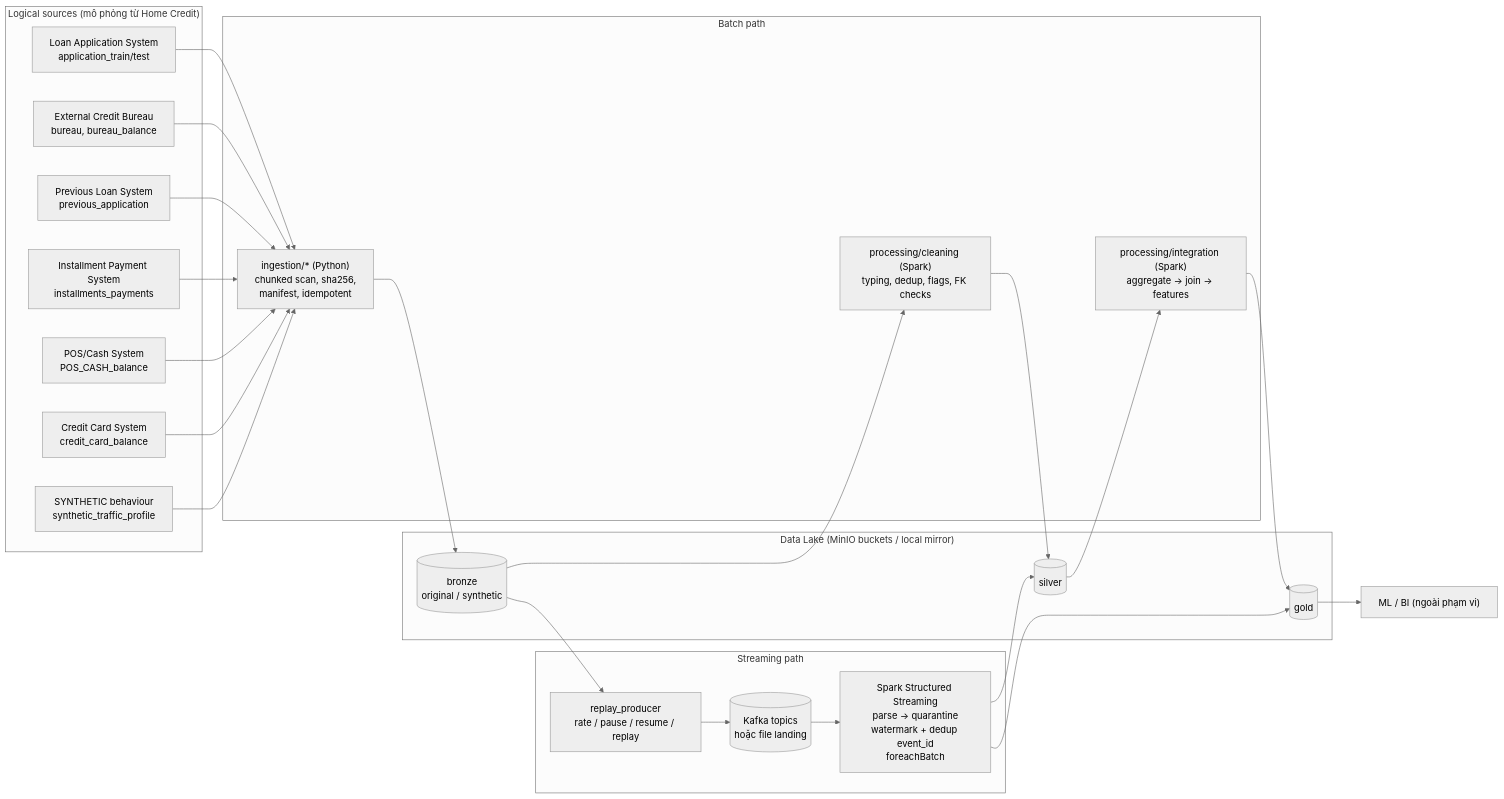
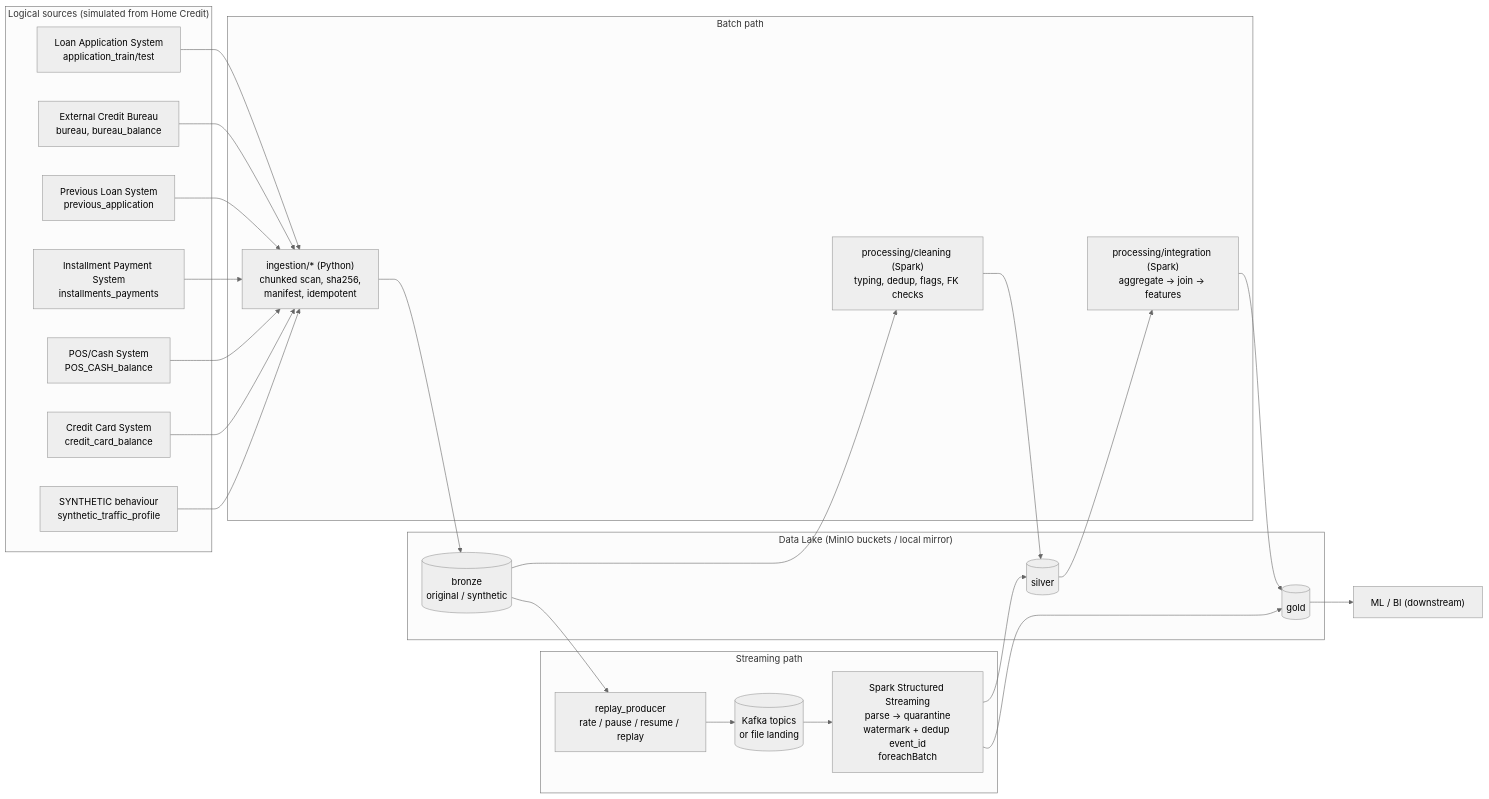
One commit to limasite48/it5427-credit_risk_bigdata changed the first of 3 diagrams in apache-spark/docs/ARCHITECTURE.md. Above: the diagram before and after it, drawn with Mermaid (neutral theme). The commit also changed other lines of this file and 64 other files, not shown here.

````diff
--- a/apache-spark/docs/ARCHITECTURE.md
+++ b/apache-spark/docs/ARCHITECTURE.md
@@ -5,38 +5,38 @@
 ```mermaid
 flowchart LR
-  subgraph SRC["Logical sources (mô phỏng từ Home Credit)"]
+  subgraph SRC["Logical sources (simulated from Home Credit)"]
     S1[Loan Application System<br/>application_train/test]
     S2[External Credit Bureau<br/>bureau, bureau_balance]
     S3[Previous Loan System<br/>previous_application]
     S4[Installment Payment System<br/>installments_payments]
     S5[POS/Cash System<br/>POS_CASH_balance]
     S6[Credit Card System<br/>credit_card_balance]
     S7[SYNTHETIC behaviour<br/>synthetic_traffic_profile]
   end
 
   subgraph BATCH["Batch path"]
     ING["ingestion/* (Python)<br/>chunked scan, sha256,<br/>manifest, idempotent"]
     SIL["processing/cleaning (Spark)<br/>typing, dedup, flags, FK checks"]
     GLD["processing/integration (Spark)<br/>aggregate → join → features"]
   end
 
   subgraph STREAM["Streaming path"]
     PRD["replay_producer<br/>rate / pause / resume / replay"]
-    BUS[("Kafka topics<br/>hoặc file landing")]
+    BUS[("Kafka topics<br/>or file landing")]
     SSS["Spark Structured Streaming<br/>parse → quarantine<br/>watermark + dedup event_id<br/>foreachBatch"]
   end
 
   subgraph LAKE["Data Lake (MinIO buckets / local mirror)"]
     B[(bronze<br/>original / synthetic)]
     SV[(silver)]
     G[(gold)]
   end
 
   S1 & S2 & S3 & S4 & S5 & S6 --> ING
   S7 --> ING
   ING --> B --> SIL --> SV --> GLD --> G
   B --> PRD --> BUS --> SSS
   SSS --> SV
   SSS --> G
-  G --> ML["ML / BI (ngoài phạm vi)"]
+  G --> ML["ML / BI (downstream)"]
 ```
````
